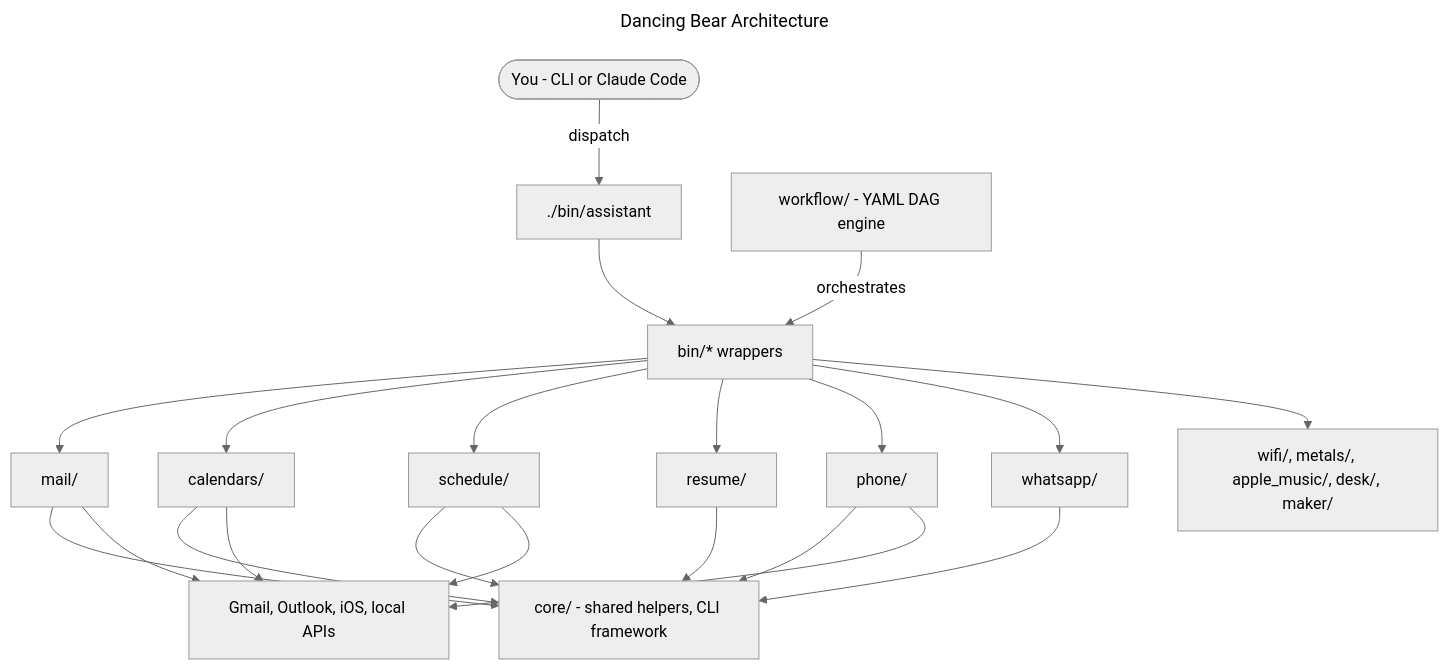
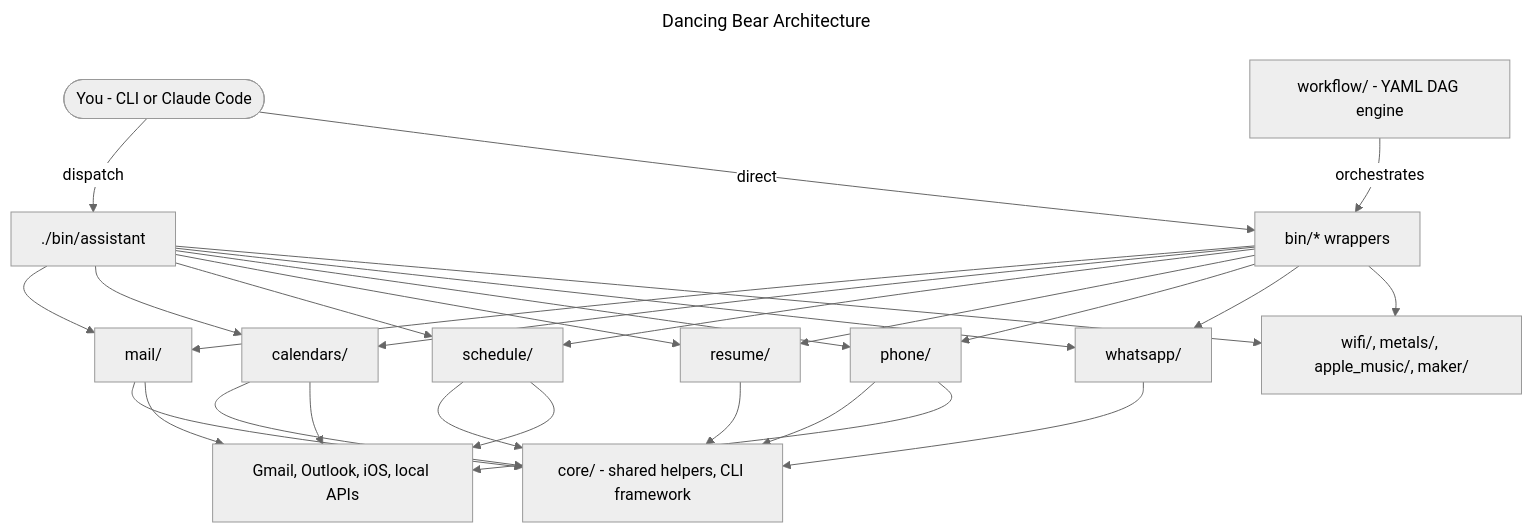
One commit to dancing-bear-show/dancing-bear changed the first of 2 diagrams in README.md. Above: the diagram before and after it, drawn with Mermaid (neutral theme). The commit also changed other lines of this file and 1 other file, not shown here.

Commit message:
docs: address PR feedback on diagram accuracy
- Remove desk/ from the architecture diagram: it's not reachable via
  ./bin/assistant (not in core/assistant_cli.py APP_MODULES) or a
  bin/* wrapper.
- Fix dispatch edges: ./bin/assistant and bin/* wrappers are two
  independent entry points that each import the domain module
  directly; assistant does not route through the wrappers.
- Align the plan/dry-run/apply sequence diagram's verbs (sync,
  sync --dry-run) with the CLI commands used in the surrounding docs.

````diff
--- a/README.md
+++ b/README.md
@@ -69,39 +69,46 @@
 ```mermaid
 ---
 title: Dancing Bear Architecture
 ---
 flowchart TB
     user([You - CLI or Claude Code])
     assistant[./bin/assistant]
     bins[bin/* wrappers]
     mail[mail/]
     calendars[calendars/]
     schedule[schedule/]
     resume[resume/]
     phone[phone/]
     whatsapp[whatsapp/]
-    other[wifi/, metals/, apple_music/, desk/, maker/]
+    other[wifi/, metals/, apple_music/, maker/]
     core[core/ - shared helpers, CLI framework]
     workflow[workflow/ - YAML DAG engine]
     providers[Gmail, Outlook, iOS, local APIs]
     user -->|dispatch| assistant
-    assistant --> bins
+    user -->|direct| bins
+    assistant --> mail
+    assistant --> calendars
+    assistant --> schedule
+    assistant --> resume
+    assistant --> phone
+    assistant --> whatsapp
+    assistant --> other
     bins --> mail
     bins --> calendars
     bins --> schedule
     bins --> resume
     bins --> phone
     bins --> whatsapp
     bins --> other
     mail --> core
     calendars --> core
     schedule --> core
     resume --> core
     phone --> core
     whatsapp --> core
     mail --> providers
     calendars --> providers
     schedule --> providers
     phone --> providers
     workflow -->|orchestrates| bins
 ```
````
